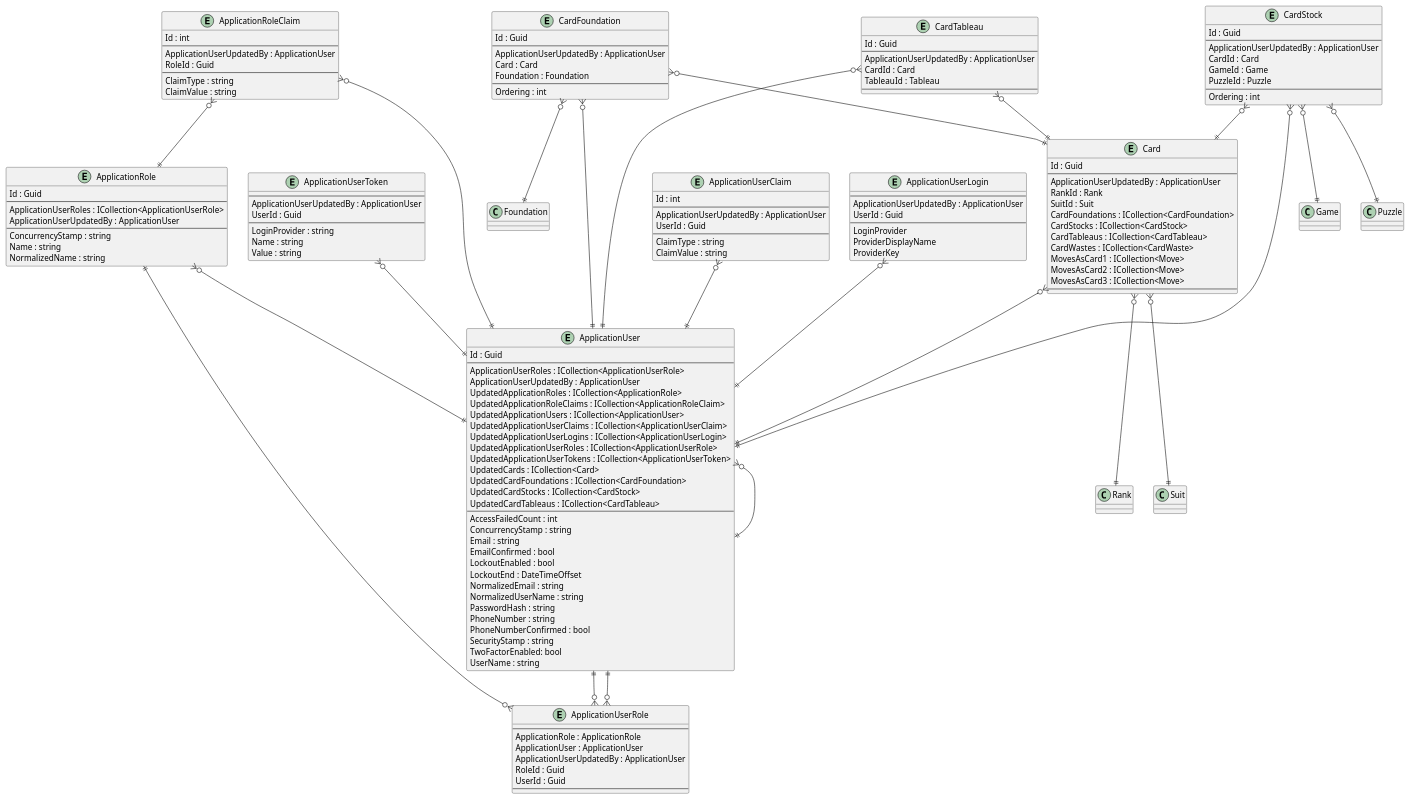
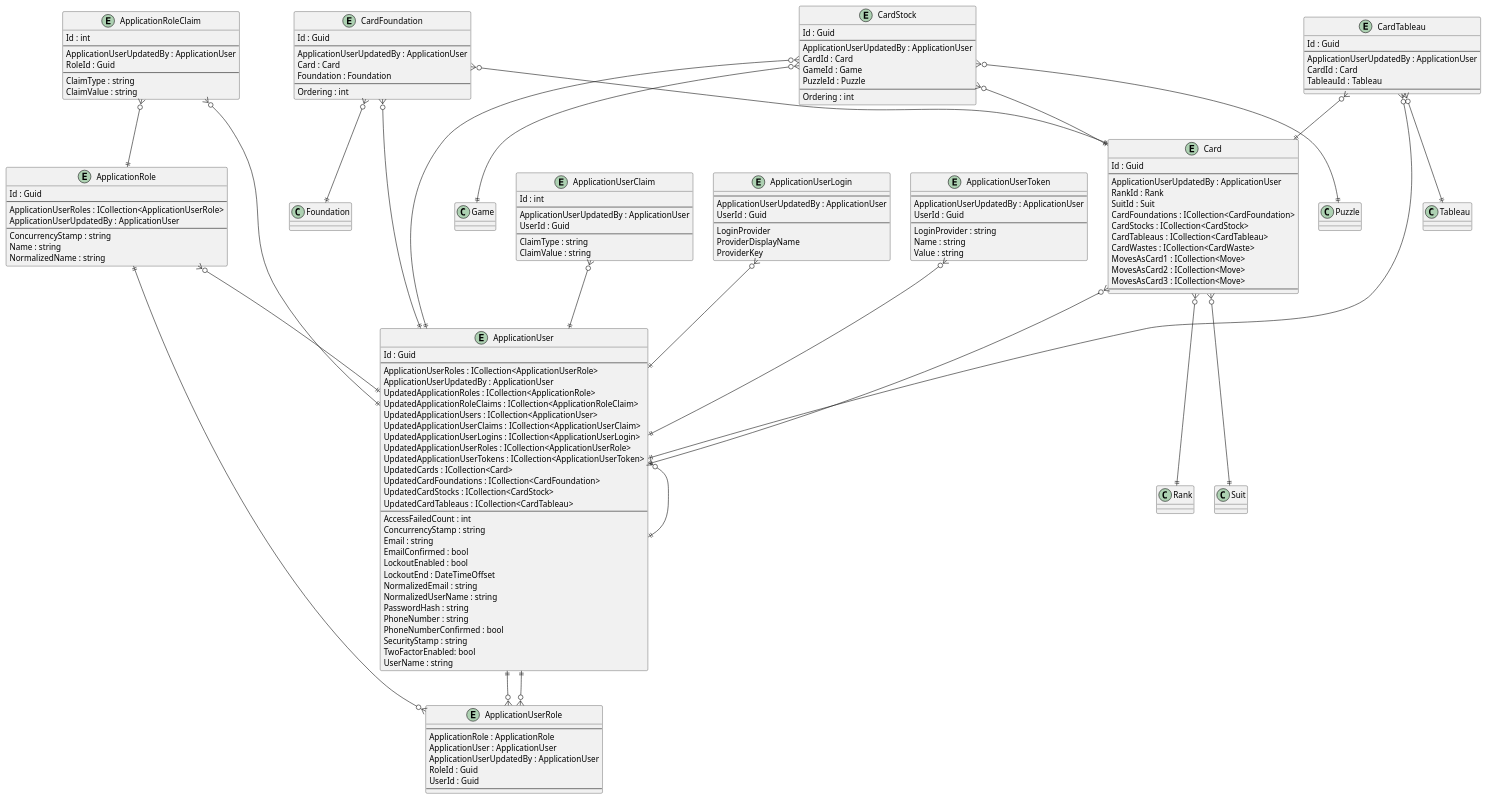
One commit to intrepion/intrepion_klondike-solitaire_csharp changed the diagram in .docs/Intrepion.KlondikeSolitaire.pu. Above: the diagram before and after it, drawn with PlantUML.

```diff
--- a/.docs/Intrepion.KlondikeSolitaire.pu
+++ b/.docs/Intrepion.KlondikeSolitaire.pu
@@ -1,179 +1,180 @@
 @startuml
 
 entity ApplicationRole {
     Id : Guid
     --
     ApplicationUserRoles : ICollection<ApplicationUserRole>
     ApplicationUserUpdatedBy : ApplicationUser
     --
     ConcurrencyStamp : string
     Name : string
     NormalizedName : string
 }
 
 entity ApplicationRoleClaim {
     Id : int
     --
     ApplicationUserUpdatedBy : ApplicationUser
     RoleId : Guid
     --
     ClaimType : string
     ClaimValue : string
 }
 
 entity ApplicationUser {
     Id : Guid
     --
     ApplicationUserRoles : ICollection<ApplicationUserRole>
     ApplicationUserUpdatedBy : ApplicationUser
     UpdatedApplicationRoles : ICollection<ApplicationRole>
     UpdatedApplicationRoleClaims : ICollection<ApplicationRoleClaim>
     UpdatedApplicationUsers : ICollection<ApplicationUser>
     UpdatedApplicationUserClaims : ICollection<ApplicationUserClaim>
     UpdatedApplicationUserLogins : ICollection<ApplicationUserLogin>
     UpdatedApplicationUserRoles : ICollection<ApplicationUserRole>
     UpdatedApplicationUserTokens : ICollection<ApplicationUserToken>
     UpdatedCards : ICollection<Card>
     UpdatedCardFoundations : ICollection<CardFoundation>
     UpdatedCardStocks : ICollection<CardStock>
     UpdatedCardTableaus : ICollection<CardTableau>
     ' ApplicationUserKeyCodePlaceholder
     --
     AccessFailedCount : int
     ConcurrencyStamp : string
     Email : string
     EmailConfirmed : bool
     LockoutEnabled : bool
     LockoutEnd : DateTimeOffset
     NormalizedEmail : string
     NormalizedUserName : string
     PasswordHash : string
     PhoneNumber : string
     PhoneNumberConfirmed : bool
     SecurityStamp : string
     TwoFactorEnabled: bool
     UserName : string
 }
 
 entity ApplicationUserClaim {
     Id : int
     --
     ApplicationUserUpdatedBy : ApplicationUser
     UserId : Guid
     --
     ClaimType : string
     ClaimValue : string
 }
 
 entity ApplicationUserLogin {
     --
     ApplicationUserUpdatedBy : ApplicationUser
     UserId : Guid
     --
     LoginProvider
     ProviderDisplayName
     ProviderKey
 }
 
 entity ApplicationUserRole {
     --
     ApplicationRole : ApplicationRole
     ApplicationUser : ApplicationUser
     ApplicationUserUpdatedBy : ApplicationUser
     RoleId : Guid
     UserId : Guid
     --
 }
 
 entity ApplicationUserToken {
     --
     ApplicationUserUpdatedBy : ApplicationUser
     UserId : Guid
     --
     LoginProvider : string
     Name : string
     Value : string
 }
 
 entity Card {
     Id : Guid
     --
     ApplicationUserUpdatedBy : ApplicationUser
     RankId : Rank
     SuitId : Suit
     CardFoundations : ICollection<CardFoundation>
     CardStocks : ICollection<CardStock>
     CardTableaus : ICollection<CardTableau>
     CardWastes : ICollection<CardWaste>
     MovesAsCard1 : ICollection<Move>
     MovesAsCard2 : ICollection<Move>
     MovesAsCard3 : ICollection<Move>
     ' CardKeyCodePlaceholder
     --
     ' CardPropertyCodePlaceholder
 }
 
 entity CardFoundation {
     Id : Guid
     --
     ApplicationUserUpdatedBy : ApplicationUser
     Card : Card
     Foundation : Foundation
     ' CardFoundationKeyCodePlaceholder
     --
     Ordering : int
     ' CardFoundationPropertyCodePlaceholder
 }
 
 entity CardStock {
     Id : Guid
     --
     ApplicationUserUpdatedBy : ApplicationUser
     CardId : Card
     GameId : Game
     PuzzleId : Puzzle
     ' CardStockKeyCodePlaceholder
     --
     Ordering : int
     ' CardStockPropertyCodePlaceholder
 }
 
 entity CardTableau {
     Id : Guid
     --
     ApplicationUserUpdatedBy : ApplicationUser
     CardId : Card
     TableauId : Tableau
     ' CardTableauKeyCodePlaceholder
     --
     ' CardTableauPropertyCodePlaceholder
 }
 
 ' EntityCodePlaceholder
 
 ApplicationRole ||--o{ ApplicationUserRole
 ApplicationRole }o--|| ApplicationUser
 ApplicationRoleClaim }o--|| ApplicationRole
 ApplicationRoleClaim }o--|| ApplicationUser
 ApplicationUser }o--|| ApplicationUser
 ApplicationUser ||--o{ ApplicationUserRole
 ApplicationUserClaim }o--|| ApplicationUser
 ApplicationUserLogin }o--|| ApplicationUser
 ApplicationUserRole }o--|| ApplicationUser
 ApplicationUserToken }o--|| ApplicationUser
 
 Card }o--|| ApplicationUser
 Card }o--|| Rank
 Card }o--|| Suit
 CardFoundation }o--|| ApplicationUser
 CardFoundation }o--|| Card
 CardFoundation }o--|| Foundation
 CardStock }o--|| ApplicationUser
 CardStock }o--|| Card
 CardStock }o--|| Game
 CardStock }o--|| Puzzle
 CardTableau }o--|| ApplicationUser
 CardTableau }o--|| Card
+CardTableau }o--|| Tableau
 ' RelationshipCodePlaceholder
 
 @enduml
```
